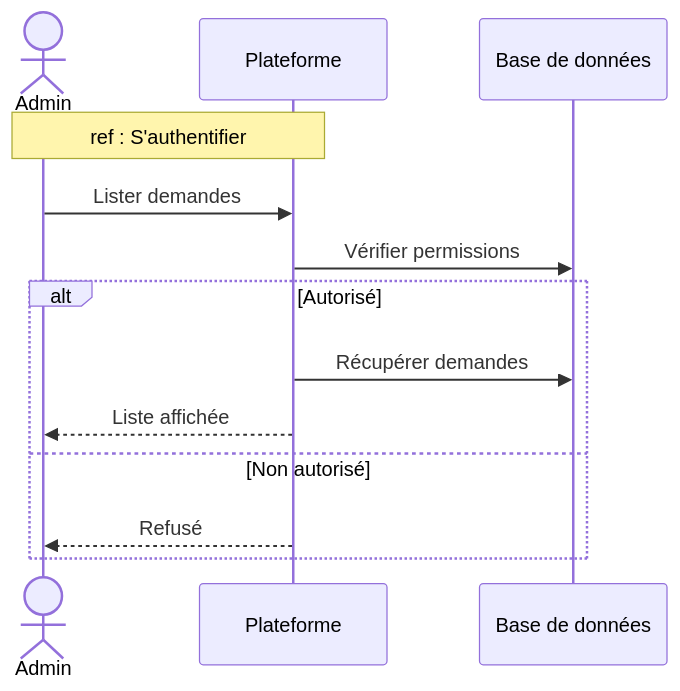
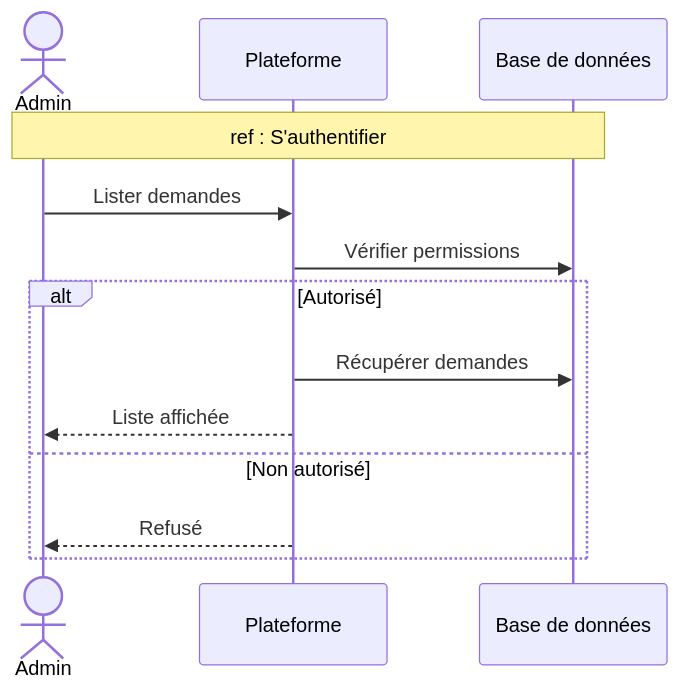
One commit to MohamedChebbi123/teamnest changed the sixth of 16 diagrams in docs/SEQUENCE_DIAGRAMS.md. Above: the diagram before and after it, drawn with Mermaid. The commit also changed other lines of this file, not shown here.

````diff
--- a/docs/SEQUENCE_DIAGRAMS.md
+++ b/docs/SEQUENCE_DIAGRAMS.md
@@ -196,17 +196,17 @@
 ```mermaid
 sequenceDiagram
     actor Admin
     participant API as Plateforme
     participant DB as Base de données
 
-    Note over Admin,API: ref : S'authentifier
+    Note over Admin,DB: ref : S'authentifier
 
     Admin->>API: Lister demandes
     API->>DB: Vérifier permissions
     alt Autorisé
         API->>DB: Récupérer demandes
         API-->>Admin: Liste affichée
     else Non autorisé
         API-->>Admin: Refusé
     end
 ```
````
